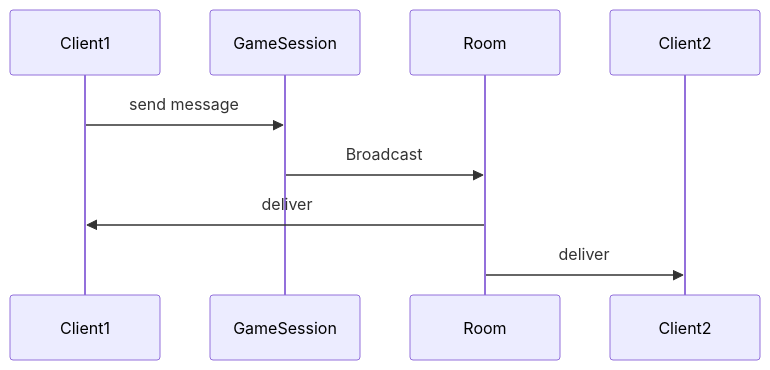
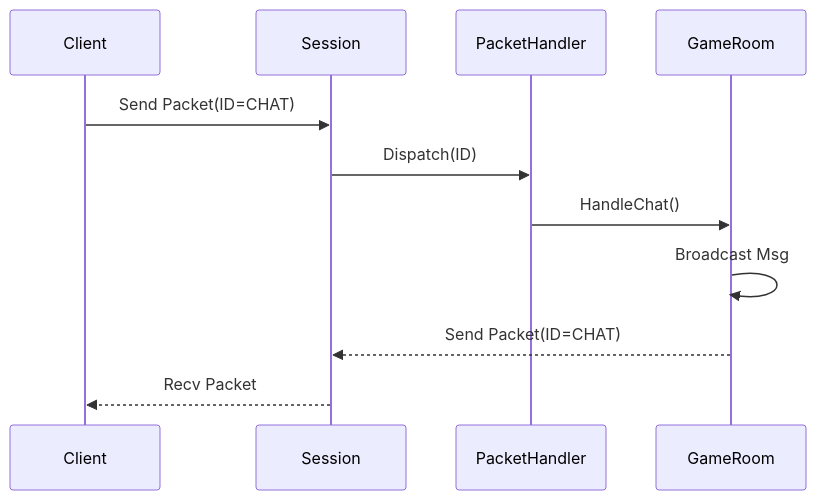
Before and after one commit to pargame/Cpp_Study: the diagram in Week31/README.md, drawn with Mermaid. The commit also changed other lines of this file and 31 other files, not shown here.

````diff
--- a/Week31/README.md
+++ b/Week31/README.md
@@ -50,11 +87,13 @@
 ```mermaid
 sequenceDiagram
-    participant Client1
-    participant GameSession
-    participant Room
-    participant Client2
-    Client1->>GameSession: send message
-    GameSession->>Room: Broadcast
-    Room->>Client1: deliver
-    Room->>Client2: deliver
+    participant Client
+    participant Session
+    participant PacketHandler
+    participant GameRoom
+    Client->>Session: Send Packet(ID=CHAT)
+    Session->>PacketHandler: Dispatch(ID)
+    PacketHandler->>GameRoom: HandleChat()
+    GameRoom->>GameRoom: Broadcast Msg
+    GameRoom-->>Session: Send Packet(ID=CHAT)
+    Session-->>Client: Recv Packet
 ```
````
